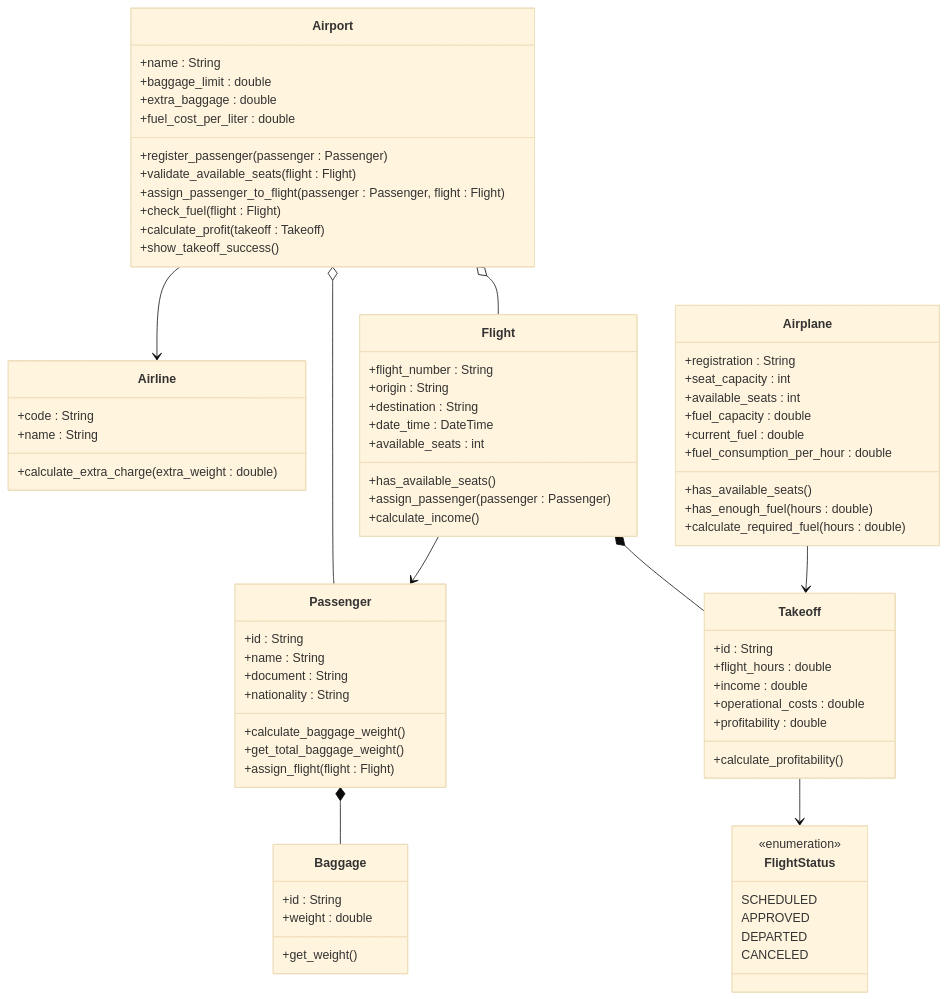
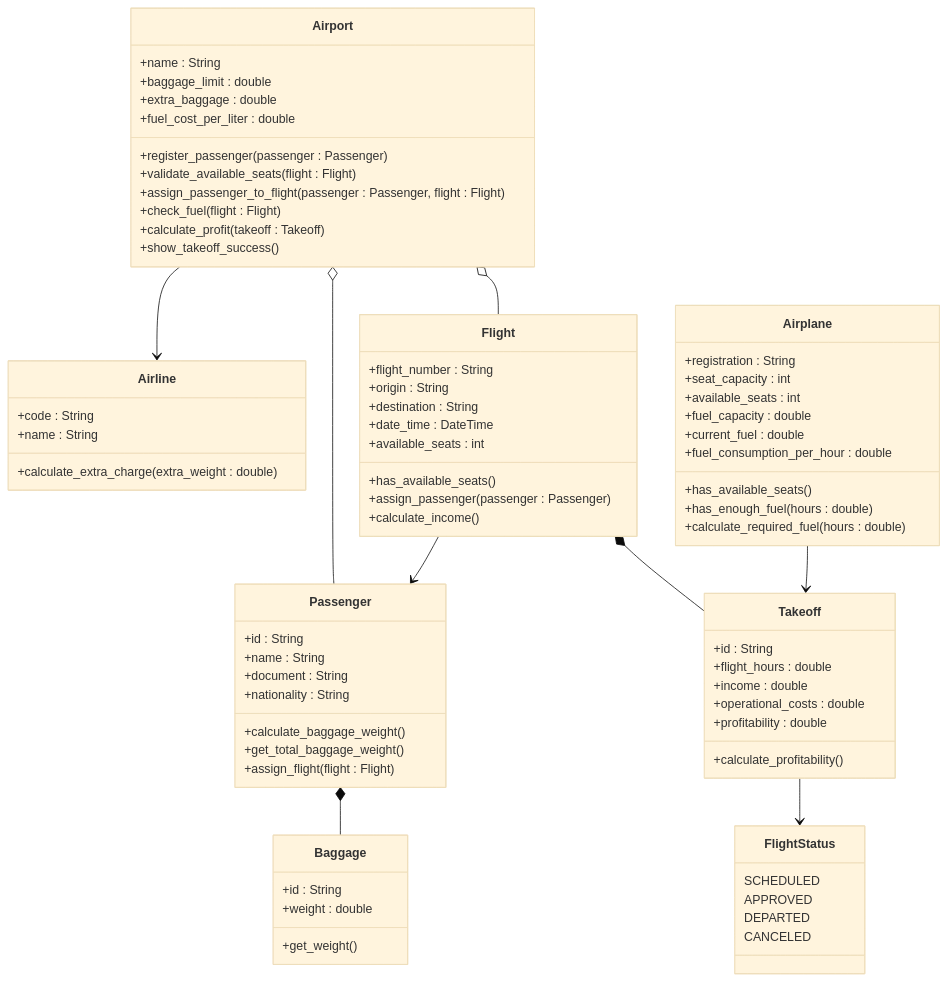
One commit to CristianDuarted/Proyecto-Aeropuerto-POO changed the diagram in README.md. Above: the diagram before and after it, drawn with Mermaid (base theme).

```diff
--- a/README.md
+++ b/README.md
@@ -97,7 +97,6 @@
     }
 
     class FlightStatus {
-        <<enumeration>>
         SCHEDULED
         APPROVED
         DEPARTED
```
